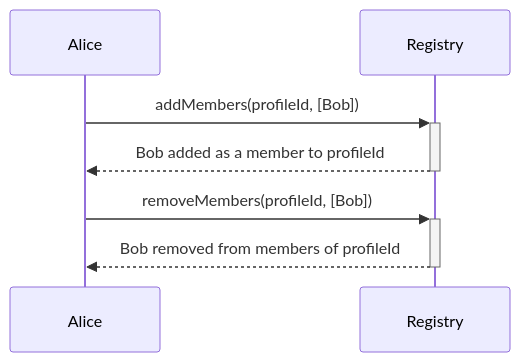
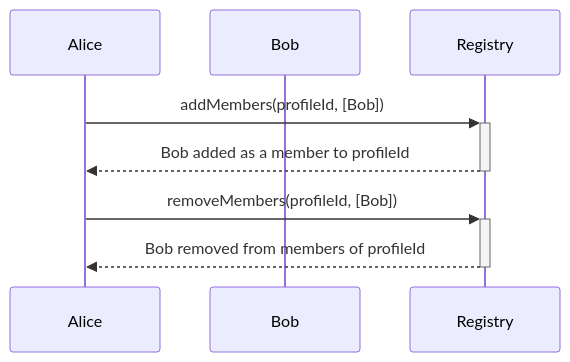
The fifth of 14 diagrams in contracts/readme/Overview.md (allo-protocol/allo-v2), drawn with Mermaid before and after one commit. The commit also changed other lines of this file, not shown here.

Commit message:
update mermaid diagram

````diff
--- a/contracts/readme/Overview.md
+++ b/contracts/readme/Overview.md
@@ -174,7 +186,11 @@
 ```mermaid
 sequenceDiagram
-    Alice ->>+Registry: addMembers(profileId, [Bob])
-    Registry -->>-Alice: Bob added as a member to profileId
-    Alice ->>+Registry: removeMembers(profileId, [Bob])
-    Registry -->>-Alice: Bob removed from members of profileId
+    participant Alice
+    participant Bob
+    participant Registry
+
+    Alice ->>+ Registry: addMembers(profileId, [Bob])
+    Registry -->>- Alice: Bob added as a member to profileId
+    Alice ->>+ Registry: removeMembers(profileId, [Bob])
+    Registry -->>- Alice: Bob removed from members of profileId
 ```
````
